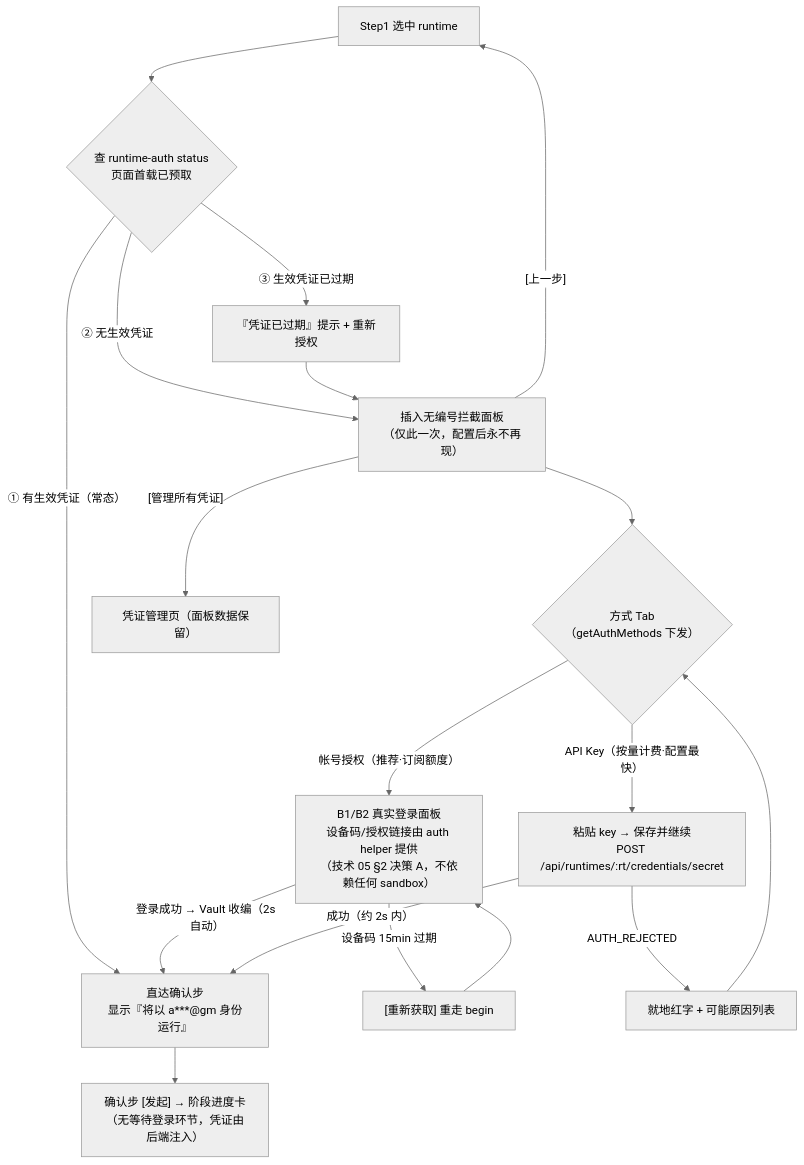
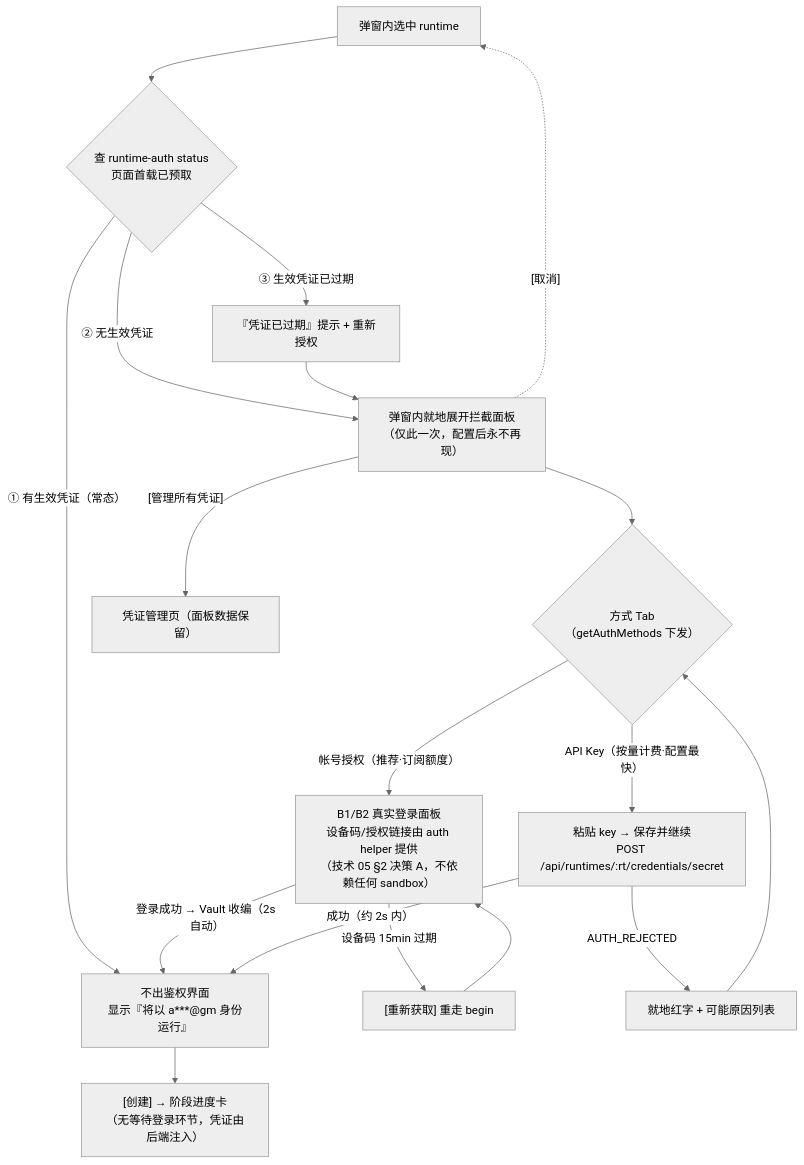
The second of 4 diagrams in docs/product/20-核心使用链路.md (Xeonice/cloud-agent-platform-docs), drawn with Mermaid (neutral theme) before and after one commit. The commit also changed other lines of this file and 5 other files, not shown here.

````diff
--- a/docs/product/20-核心使用链路.md
+++ b/docs/product/20-核心使用链路.md
@@ -189,20 +200,20 @@
 ```mermaid
 flowchart TD
-    A["Step1 选中 runtime"] --> B{"查 runtime-auth status<br/>页面首载已预取"}
-    B -->|"① 有生效凭证（常态）"| C["直达确认步<br/>显示『将以 a***@gm 身份运行』"]
-    B -->|"② 无生效凭证"| D["插入无编号拦截面板<br/>（仅此一次，配置后永不再现）"]
+    A["弹窗内选中 runtime"] --> B{"查 runtime-auth status<br/>页面首载已预取"}
+    B -->|"① 有生效凭证（常态）"| C["不出鉴权界面<br/>显示『将以 a***@gm 身份运行』"]
+    B -->|"② 无生效凭证"| D["弹窗内就地展开拦截面板<br/>（仅此一次，配置后永不再现）"]
     B -->|"③ 生效凭证已过期"| E["『凭证已过期』提示 + 重新授权"]
     E --> D
     D --> F{"方式 Tab（getAuthMethods 下发）"}
     F -->|"帐号授权（推荐·订阅额度）"| G["B1/B2 真实登录面板<br/>设备码/授权链接由 auth helper 提供<br/>（技术 05 §2 决策 A，不依赖任何 sandbox）"]
     F -->|"API Key（按量计费·配置最快）"| H["粘贴 key → 保存并继续<br/>POST /api/runtimes/:rt/credentials/secret"]
     G -->|"登录成功 → Vault 收编（2s 自动）"| C
     G -->|"设备码 15min 过期"| G2["[重新获取] 重走 begin"]
     G2 --> G
     H -->|"成功（约 2s 内）"| C
     H -->|"AUTH_REJECTED"| H2["就地红字 + 可能原因列表"]
     H2 --> F
-    C --> I["确认步 [发起] → 阶段进度卡<br/>（无等待登录环节，凭证由后端注入）"]
+    C --> I["[创建] → 阶段进度卡<br/>（无等待登录环节，凭证由后端注入）"]
     D -->|"[管理所有凭证]"| N["凭证管理页（面板数据保留）"]
-    D -->|"[上一步]"| A
+    D -.->|"[取消]"| A
 ```
````
